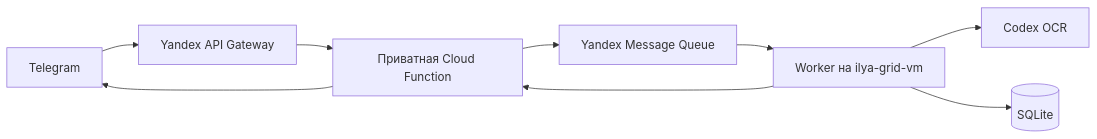
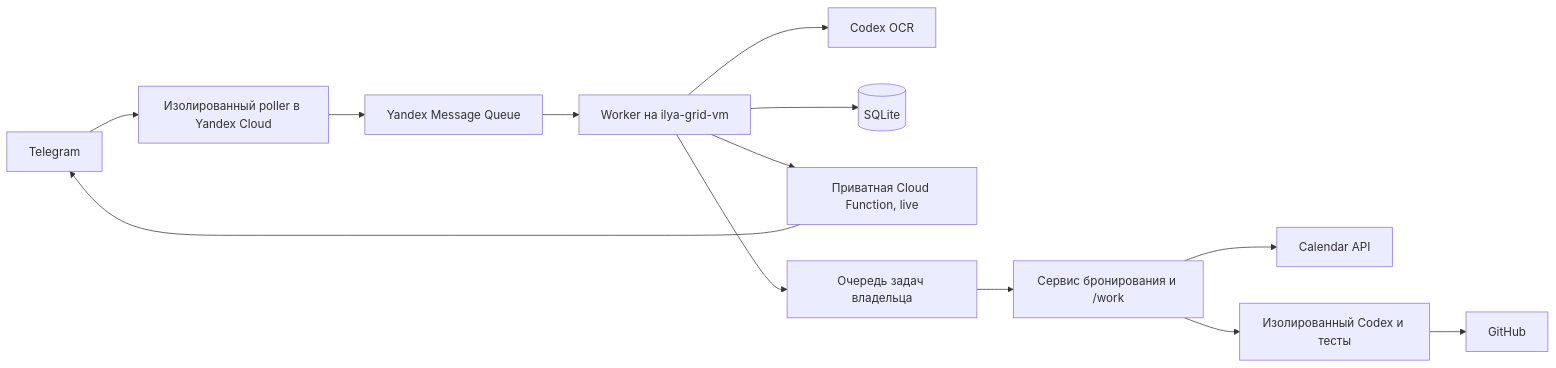
The diagram in README.md (Ilya1510/tt-rating-bot), drawn with Mermaid before and after one commit. The commit also changed other lines of this file and 20 other files, not shown here.

Commit message:
Add owner work pipeline, verified room booking and cloud polling

````diff
--- a/README.md
+++ b/README.md
@@ -8,11 +8,15 @@
 ```mermaid
 flowchart LR
-  TG[Telegram] --> GW[Yandex API Gateway]
-  GW --> CF[Приватная Cloud Function]
-  CF --> Q[Yandex Message Queue]
+  TG[Telegram] --> P[Изолированный poller в Yandex Cloud]
+  P --> Q[Yandex Message Queue]
   Q --> W[Worker на ilya-grid-vm]
   W --> OCR[Codex OCR]
   W --> DB[(SQLite)]
-  W --> CF
+  W --> CF[Приватная Cloud Function, live]
   CF --> TG
+  W --> O[Очередь задач владельца]
+  O --> M[Сервис бронирования и /work]
+  M --> CAL[Calendar API]
+  M --> CODE[Изолированный Codex и тесты]
+  CODE --> GH[GitHub]
 ```
````
